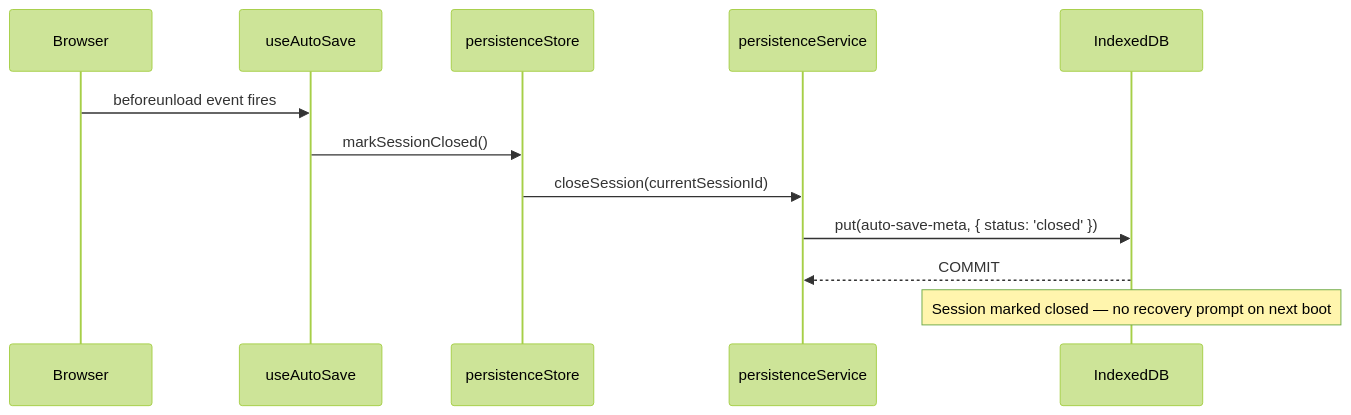
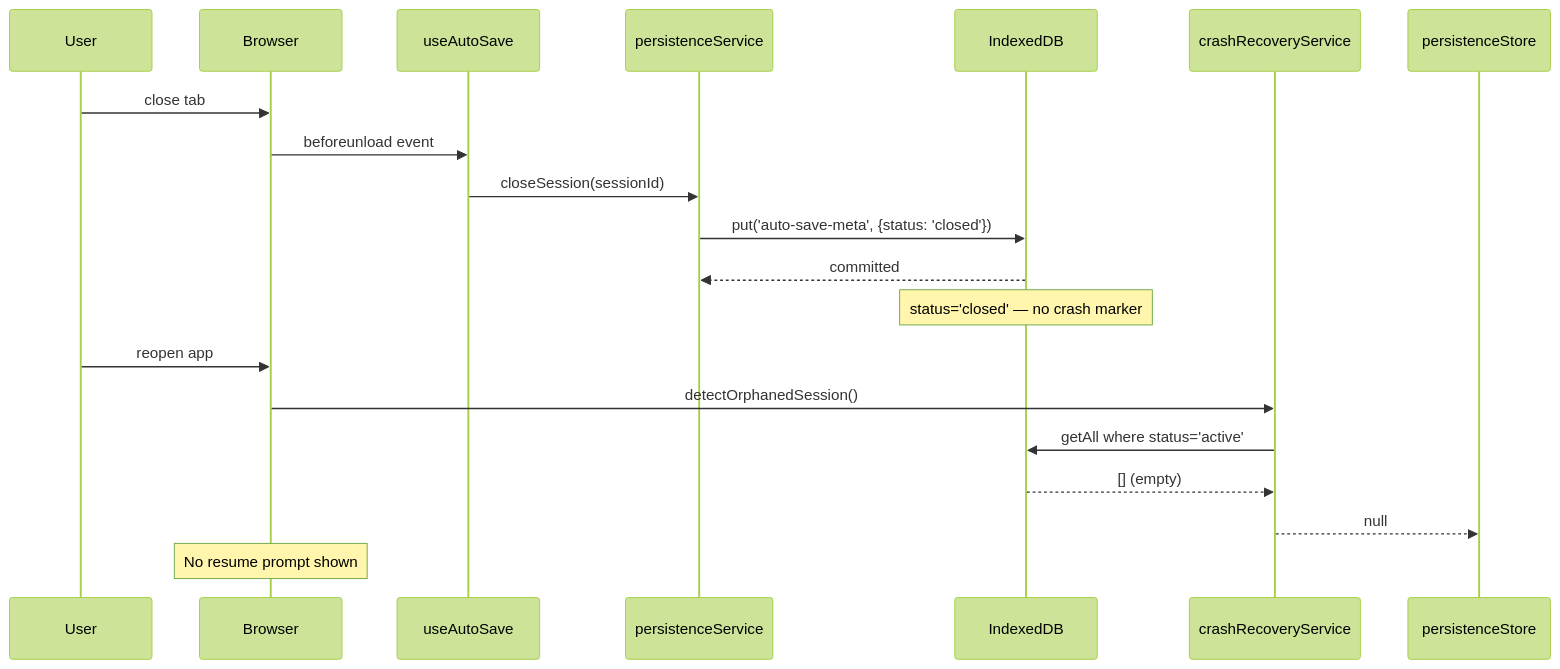
One commit to sreenivasmrpivot/legobuilder changed the third of 4 diagrams in docs/features/NFR-REL-001/LOW_LEVEL_DESIGN.md. Above: the diagram before and after it, drawn with Mermaid (forest theme). The commit also changed other lines of this file and 2 other files, not shown here.

First line of the commit message:
docs: LLD v2 for NFR-REL-001 — Ensure auto-saved data survives browser crash with zero data loss

````diff
--- a/docs/features/NFR-REL-001/LOW_LEVEL_DESIGN.md
+++ b/docs/features/NFR-REL-001/LOW_LEVEL_DESIGN.md
@@ -369,15 +314,22 @@
 ```mermaid
 sequenceDiagram
-    participant Browser as Browser
-    participant Hook as useAutoSave
-    participant Store as persistenceStore
-    participant Svc as persistenceService
-    participant IDB as IndexedDB
+    participant User
+    participant Browser
+    participant useAutoSave
+    participant persistenceService
+    participant IndexedDB
 
-    Browser->>Hook: beforeunload event fires
-    Hook->>Store: markSessionClosed()
-    Store->>Svc: closeSession(currentSessionId)
-    Svc->>IDB: put(auto-save-meta, { status: 'closed' })
-    IDB-->>Svc: COMMIT
-    Note over IDB: Session marked closed — no recovery prompt on next boot
+    User->>Browser: close tab
+    Browser->>useAutoSave: beforeunload event
+    useAutoSave->>persistenceService: closeSession(sessionId)
+    persistenceService->>IndexedDB: put('auto-save-meta', {status: 'closed'})
+    IndexedDB-->>persistenceService: committed
+    Note over IndexedDB: status='closed' — no crash marker
+
+    User->>Browser: reopen app
+    Browser->>crashRecoveryService: detectOrphanedSession()
+    crashRecoveryService->>IndexedDB: getAll where status='active'
+    IndexedDB-->>crashRecoveryService: [] (empty)
+    crashRecoveryService-->>persistenceStore: null
+    Note over Browser: No resume prompt shown
 ```
````
